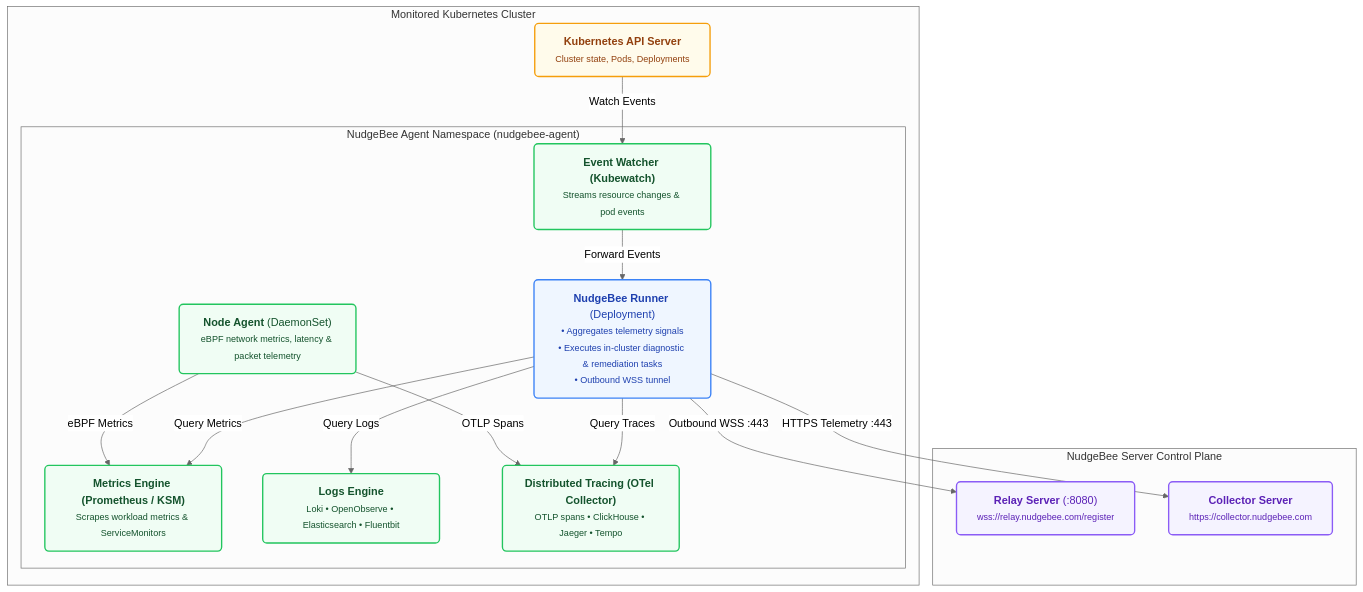
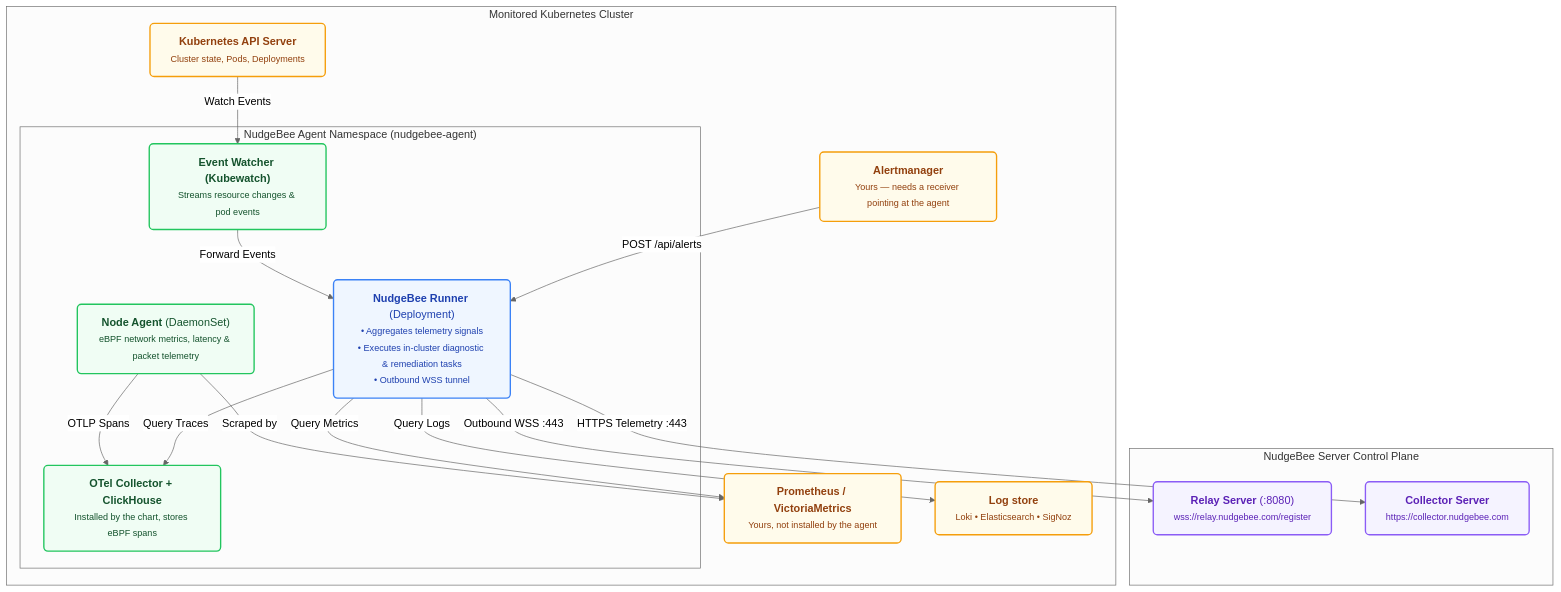
Before and after one commit to nudgebee/nudgebee-docs: the diagram in doc-server/docs/installation/agent/index.md, drawn with Mermaid (neutral theme). The commit also changed other lines of this file and 48 other files, not shown here.

````diff
--- a/doc-server/docs/installation/agent/index.md
+++ b/doc-server/docs/installation/agent/index.md
@@ -34,37 +50,40 @@
 ```mermaid
 flowchart TB
     classDef runner fill:#eff6ff,stroke:#3b82f6,stroke-width:2px,color:#1e40af,rx:6,ry:6;
     classDef collector fill:#f0fdf4,stroke:#22c55e,stroke-width:2px,color:#14532d,rx:6,ry:6;
     classDef k8s fill:#fffbeb,stroke:#f59e0b,stroke-width:2px,color:#92400e,rx:6,ry:6;
     classDef server fill:#f5f3ff,stroke:#8b5cf6,stroke-width:2px,color:#5b21b6,rx:6,ry:6;
 
     subgraph MONITORED["Monitored Kubernetes Cluster"]
         API_SERVER["<b>Kubernetes API Server</b><br/><small>Cluster state, Pods, Deployments</small>"]:::k8s
 
         subgraph AGENT["NudgeBee Agent Namespace (nudgebee-agent)"]
             RUNNER["<b>NudgeBee Runner</b> (Deployment)<br/><small>• Aggregates telemetry signals<br/>• Executes in-cluster diagnostic & remediation tasks<br/>• Outbound WSS tunnel</small>"]:::runner
             KUBEWATCH["<b>Event Watcher (Kubewatch)</b><br/><small>Streams resource changes & pod events</small>"]:::collector
             NODE_AGENT["<b>Node Agent</b> (DaemonSet)<br/><small>eBPF network metrics, latency & packet telemetry</small>"]:::collector
-            PROM["<b>Metrics Engine (Prometheus / KSM)</b><br/><small>Scrapes workload metrics & ServiceMonitors</small>"]:::collector
-            LOGS["<b>Logs Engine</b><br/><small>Loki • OpenObserve • Elasticsearch • Fluentbit</small>"]:::collector
-            TRACES["<b>Distributed Tracing (OTel Collector)</b><br/><small>OTLP spans • ClickHouse • Jaeger • Tempo</small>"]:::collector
+            OTEL["<b>OTel Collector + ClickHouse</b><br/><small>Installed by the chart, stores eBPF spans</small>"]:::collector
         end
+
+        PROM["<b>Prometheus / VictoriaMetrics</b><br/><small>Yours, not installed by the agent</small>"]:::k8s
+        AM["<b>Alertmanager</b><br/><small>Yours — needs a receiver pointing at the agent</small>"]:::k8s
+        LOGS["<b>Log store</b><br/><small>Loki • Elasticsearch • SigNoz</small>"]:::k8s
     end
 
     subgraph BACKEND["NudgeBee Server Control Plane"]
         RELAY["<b>Relay Server</b> (:8080)<br/><small>wss://relay.nudgebee.com/register</small>"]:::server
         COLLECTOR["<b>Collector Server</b><br/><small>https://collector.nudgebee.com</small>"]:::server
     end
 
     API_SERVER -->|Watch Events| KUBEWATCH
     KUBEWATCH -->|Forward Events| RUNNER
-    NODE_AGENT -->|eBPF Metrics| PROM
-    NODE_AGENT -->|OTLP Spans| TRACES
+    NODE_AGENT -->|Scraped by| PROM
+    NODE_AGENT -->|OTLP Spans| OTEL
+    AM -->|"POST /api/alerts"| RUNNER
 
     RUNNER -->|Query Metrics| PROM
     RUNNER -->|Query Logs| LOGS
-    RUNNER -->|Query Traces| TRACES
+    RUNNER -->|Query Traces| OTEL
 
     RUNNER -->|"Outbound WSS :443"| RELAY
     RUNNER -->|"HTTPS Telemetry :443"| COLLECTOR
 ```
````
